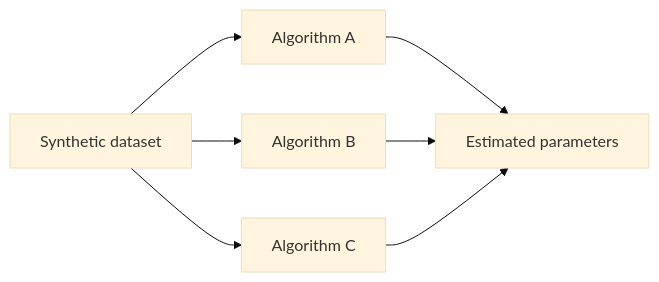
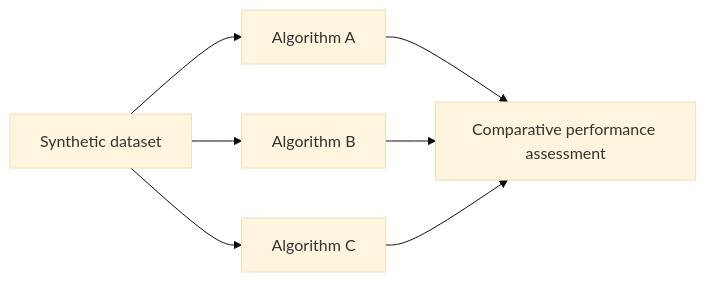
The third of 3 diagrams in README.md (GustavoRodovalho/SynthDataGen), drawn with Mermaid (base theme) before and after one commit.

````diff
--- a/README.md
+++ b/README.md
@@ -43,10 +43,10 @@
 ```mermaid
 flowchart LR
     J[Synthetic dataset] --> K1[Algorithm A]
     J --> K2[Algorithm B]
     J --> K3[Algorithm C]
 
-    K1 --> L[Estimated parameters]
+    K1 --> L[Comparative performance assessment]
     K2 --> L
     K3 --> L
 ```
````
